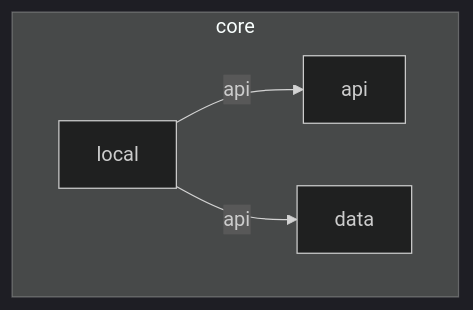
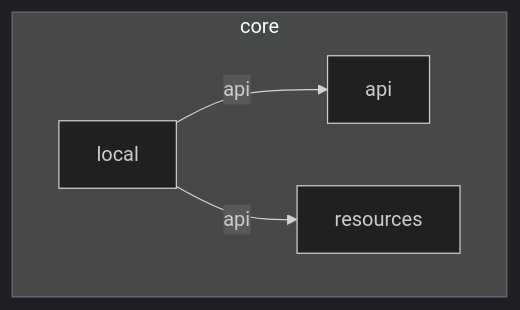
The diagram in core/local/README.md (Dussim/cv-app), drawn with Mermaid before and after one commit. The commit also changed 10 other files, not shown here.

````diff
--- a/core/local/README.md
+++ b/core/local/README.md
@@ -3,17 +3,17 @@
 ```mermaid
 %%{
   init: {
     'theme': 'dark'
   }
 }%%
 
 graph TB
   subgraph core
     api
-    data
     local
+    resources
   end
   local -- api --> api
-  local -- api --> data
+  local -- api --> resources
 
 ```
````
